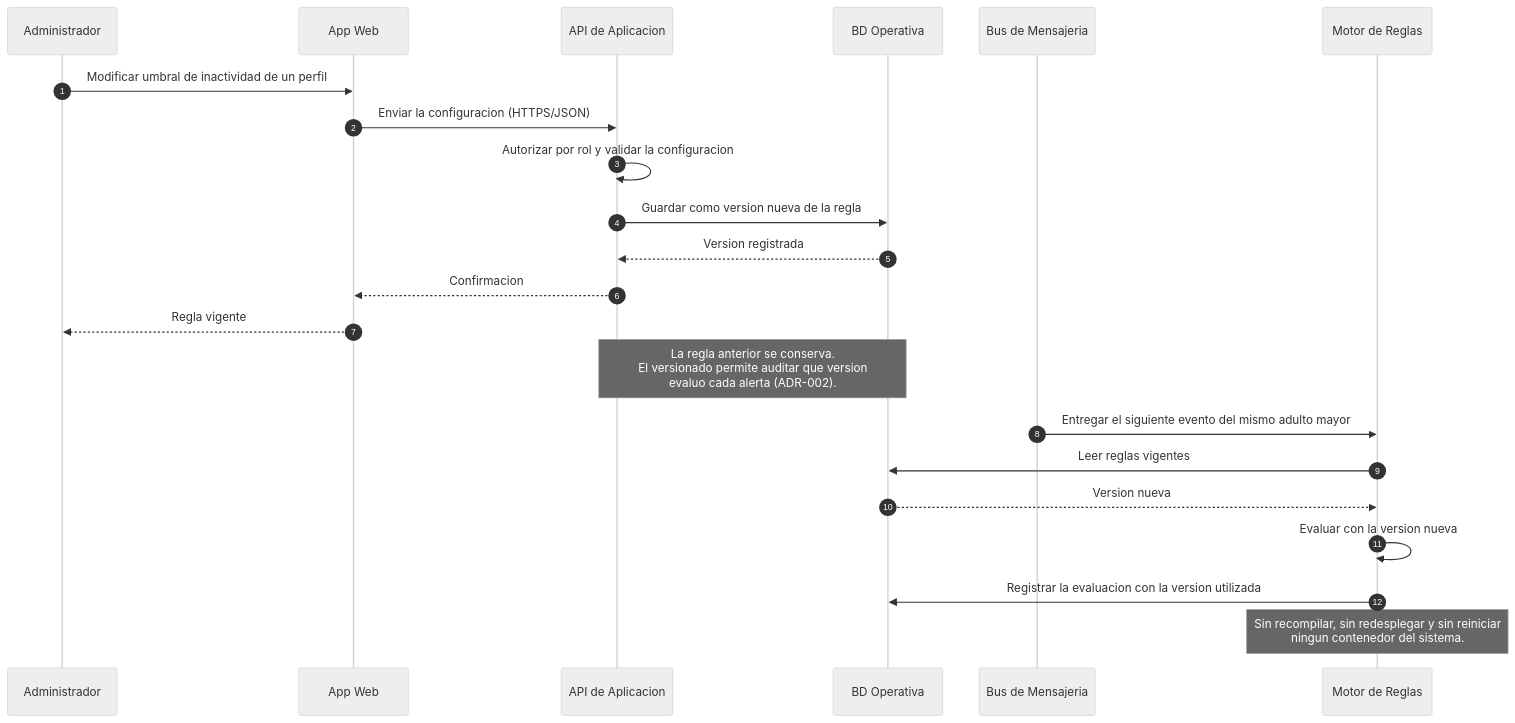
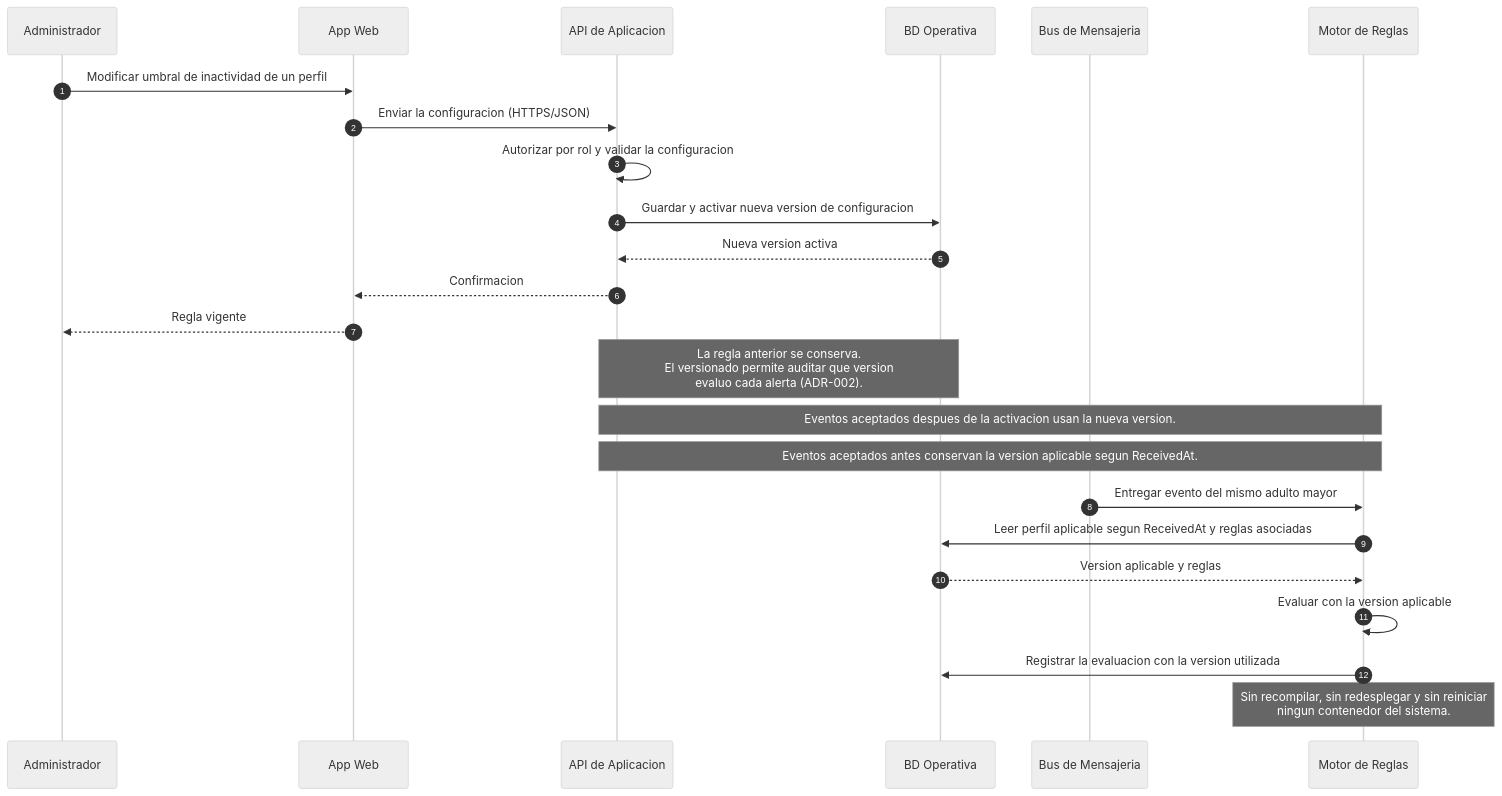
Before and after one commit to pswe04-seniorcarehub/pswe04-senior-care-hub-c2-2026: the fifth of 9 diagrams in docs/PSWE04_SeniorCareHub_Documento_Proyecto.md, drawn with Mermaid (neutral theme). The commit also changed other lines of this file and 1 other file, not shown here.

````diff
--- a/docs/PSWE04_SeniorCareHub_Documento_Proyecto.md
+++ b/docs/PSWE04_SeniorCareHub_Documento_Proyecto.md
@@ -576,28 +576,31 @@
 ```mermaid
 sequenceDiagram
     autonumber
     participant AD as Administrador
     participant WEB as App Web
     participant API as API de Aplicacion
     participant BDO as BD Operativa
     participant BUS as Bus de Mensajeria
     participant MR as Motor de Reglas
 
     AD->>WEB: Modificar umbral de inactividad de un perfil
     WEB->>API: Enviar la configuracion (HTTPS/JSON)
     API->>API: Autorizar por rol y validar la configuracion
-    API->>BDO: Guardar como version nueva de la regla
-    BDO-->>API: Version registrada
+    API->>BDO: Guardar y activar nueva version de configuracion
+    BDO-->>API: Nueva version activa
     API-->>WEB: Confirmacion
     WEB-->>AD: Regla vigente
 
     Note over API,BDO: La regla anterior se conserva.<br/>El versionado permite auditar que version<br/>evaluo cada alerta (ADR-002).
 
-    BUS->>MR: Entregar el siguiente evento del mismo adulto mayor
-    MR->>BDO: Leer reglas vigentes
-    BDO-->>MR: Version nueva
-    MR->>MR: Evaluar con la version nueva
+    Note over API,MR: Eventos aceptados despues de la activacion usan la nueva version.
+    Note over API,MR: Eventos aceptados antes conservan la version aplicable segun ReceivedAt.
+
+    BUS->>MR: Entregar evento del mismo adulto mayor
+    MR->>BDO: Leer perfil aplicable segun ReceivedAt y reglas asociadas
+    BDO-->>MR: Version aplicable y reglas
+    MR->>MR: Evaluar con la version aplicable
     MR->>BDO: Registrar la evaluacion con la version utilizada
 
     Note over MR: Sin recompilar, sin redesplegar y sin reiniciar<br/>ningun contenedor del sistema.
 ```
````
